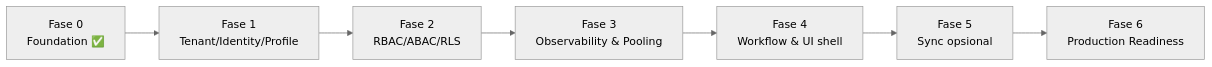
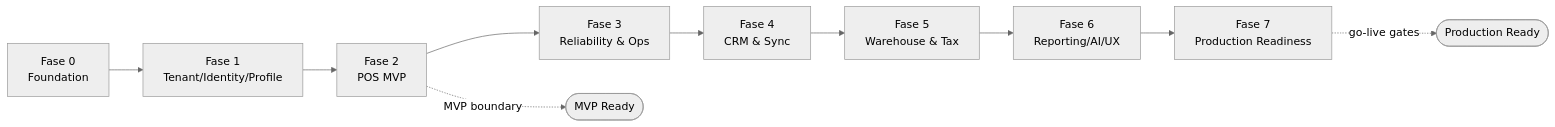
Before and after one commit to ahliweb/awcms-mini: the third of 3 diagrams in docs/awcms-mini/01_canvas_induk.md, drawn with Mermaid (neutral theme). The commit also changed other lines of this file and 51 other files, not shown here.

````diff
--- a/docs/awcms-mini/01_canvas_induk.md
+++ b/docs/awcms-mini/01_canvas_induk.md
@@ -99,9 +117,12 @@
 ```mermaid
 flowchart LR
-  F0[Fase 0<br/>Foundation ✅] --> F1[Fase 1<br/>Tenant/Identity/Profile]
-  F1 --> F2[Fase 2<br/>RBAC/ABAC/RLS]
-  F2 --> F3[Fase 3<br/>Observability & Pooling]
-  F3 --> F4[Fase 4<br/>Workflow & UI shell]
-  F4 --> F5[Fase 5<br/>Sync opsional]
-  F5 --> F6[Fase 6<br/>Production Readiness]
+  F0[Fase 0<br/>Foundation] --> F1[Fase 1<br/>Tenant/Identity/Profile]
+  F1 --> F2[Fase 2<br/>POS MVP]
+  F2 --> F3[Fase 3<br/>Reliability & Ops]
+  F3 --> F4[Fase 4<br/>CRM & Sync]
+  F4 --> F5[Fase 5<br/>Warehouse & Tax]
+  F5 --> F6[Fase 6<br/>Reporting/AI/UX]
+  F6 --> F7[Fase 7<br/>Production Readiness]
+  F2 -.->|MVP boundary| MVP([MVP Ready])
+  F7 -.->|go-live gates| PROD([Production Ready])
 ```
````
